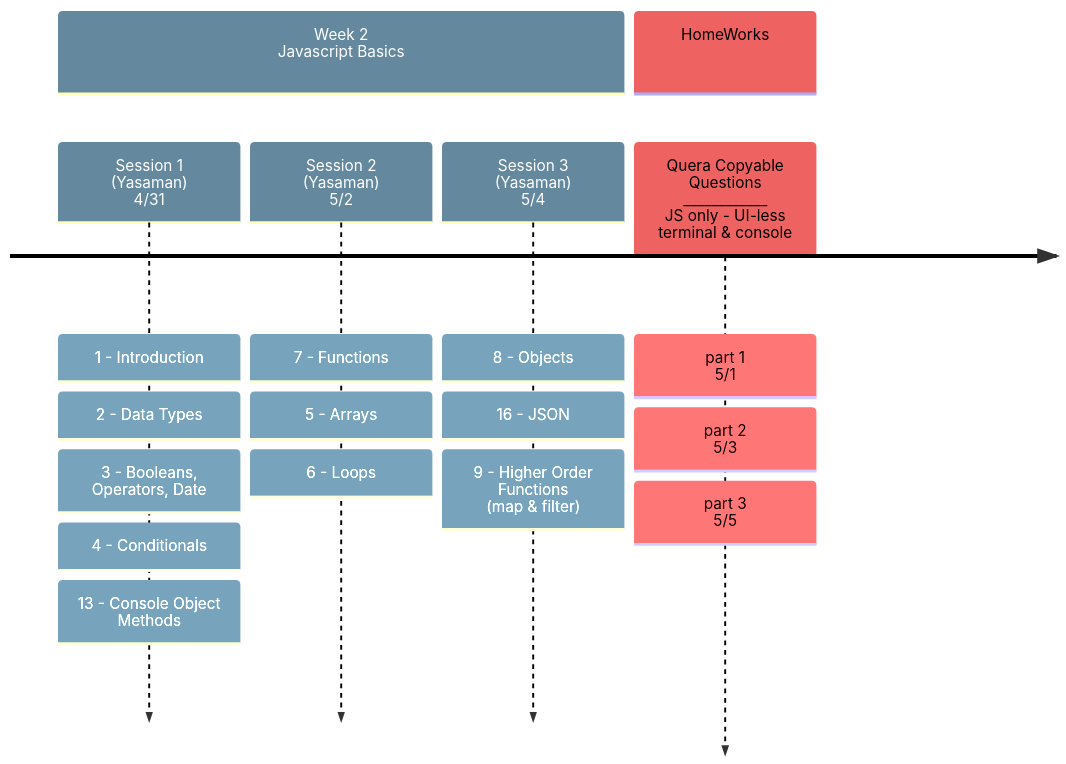
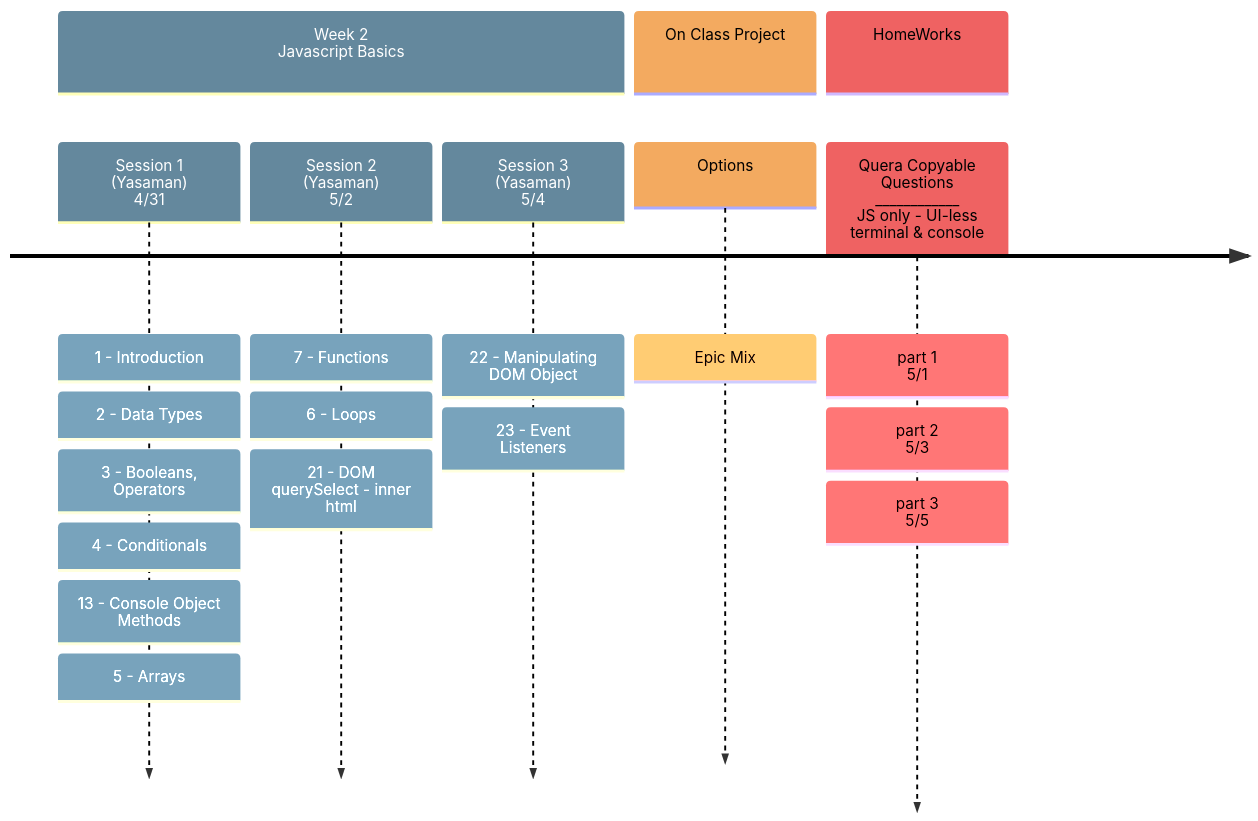
The second of 7 diagrams in README.md (aryansabet/FrontendBootcamp), drawn with Mermaid before and after one commit. The commit also changed other lines of this file, not shown here.

Commit message:
update on week2

````diff
--- a/README.md
+++ b/README.md
@@ -37,35 +37,39 @@
 ```mermaid
 %%{init: { 'logLevel': 'debug', 'theme': 'default' , 'themeVariables': {
               'cScale0': '#64889D',
-              'cScale1': '#EF6262',
-              'cScale2': '#42657E',
+              'cScale1': '#F3AA60',
+              'cScale2': '#EF6262',
               'cScale3': '#1C3754',
               'cScale4': '#42657E',
               'cScale5': '#557C93',
               'cScale6': '#1C3754',
               'cScale7': '#64889D'
        }  } }%%
 timeline
     section Week 2 <br> Javascript Basics
         Session 1 <br>(Yasaman) <br> 4/31
             : 1 - Introduction
             : 2 - Data Types
-            : 3 - Booleans, Operators, Date
+            : 3 - Booleans, Operators
             : 4 - Conditionals
             : 13 - Console Object Methods
+            : 5	- Arrays
         Session 2 <br>(Yasaman) <br> 5/2
             : 7 - Functions
-            : 5	- Arrays
             : 6	- Loops
-        Session 3 <br>(Yasaman) <br> 5/4
-            : 8 - Objects
-            : 16 - JSON
-            : 9 - Higher Order Functions <br> (map & filter)
+            : 21 - DOM <br> querySelect - inner html
+        Session 3 <br> (Yasaman) <br> 5/4
+            : 22 - Manipulating DOM Object
+            : 23 - Event Listeners
+
+    section On Class Project
+        Options
+            : Epic Mix
     section HomeWorks 
         Quera Copyable Questions <br> ____________ <br> JS only - UI-less<br> terminal & console
             : part 1 <br> 5/1
             : part 2 <br> 5/3
             : part 3 <br> 5/5
 
     
 ```
````
